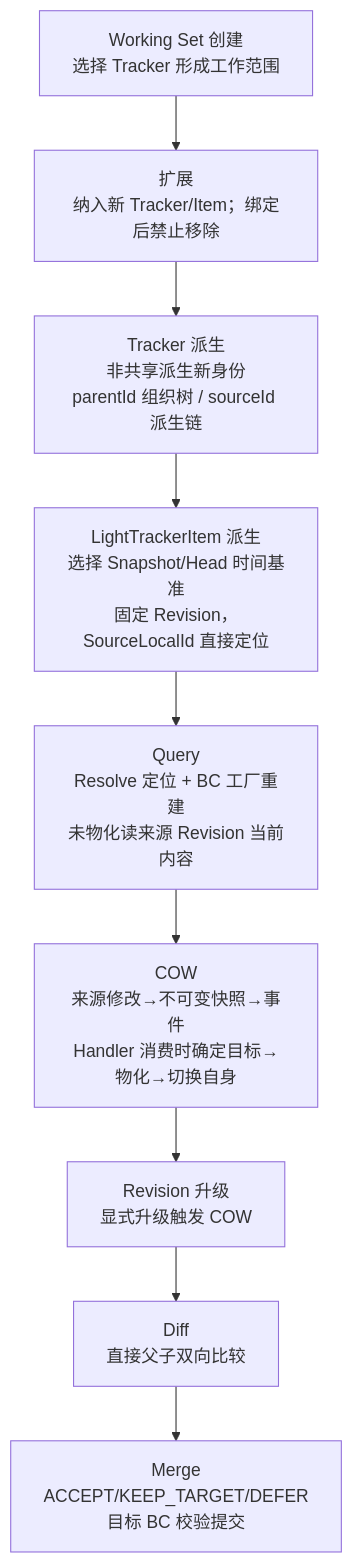
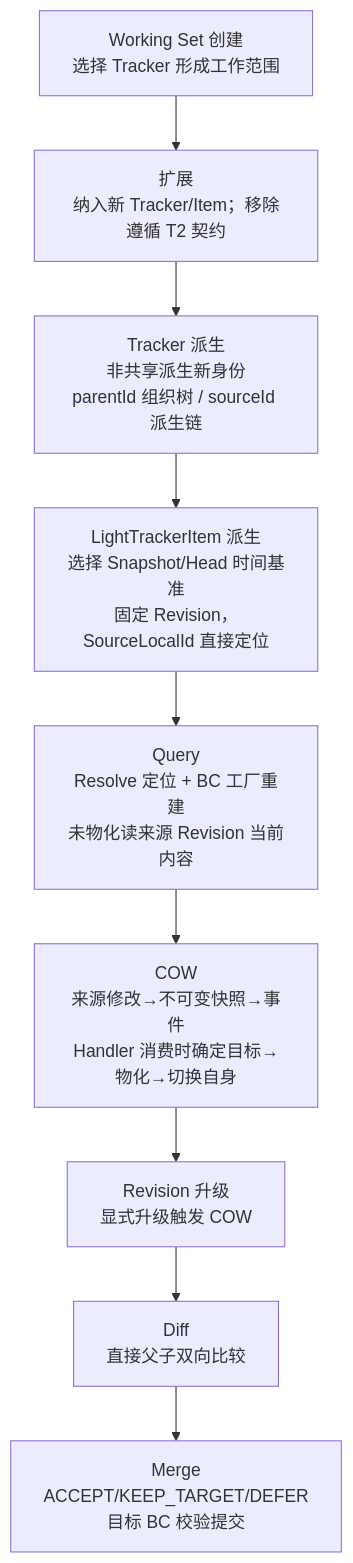
One commit to Greytrack/ddd-workingset changed the diagram in docs/working-set/diagrams/domain-mainline.md. Above: the diagram before and after it, drawn with Mermaid. The commit also changed 17 other files, not shown here.

````diff
--- a/docs/working-set/diagrams/domain-mainline.md
+++ b/docs/working-set/diagrams/domain-mainline.md
@@ -9,11 +9,11 @@
 ```mermaid
 flowchart TD
-    A["Working Set 创建<br/>选择 Tracker 形成工作范围"] --> B["扩展<br/>纳入新 Tracker/Item；绑定后禁止移除"]
+    A["Working Set 创建<br/>选择 Tracker 形成工作范围"] --> B["扩展<br/>纳入新 Tracker/Item；移除遵循 T2 契约"]
     B --> C["Tracker 派生<br/>非共享派生新身份<br/>parentId 组织树 / sourceId 派生链"]
     C --> D["LightTrackerItem 派生<br/>选择 Snapshot/Head 时间基准<br/>固定 Revision，SourceLocalId 直接定位"]
     D --> E["Query<br/>Resolve 定位 + BC 工厂重建<br/>未物化读来源 Revision 当前内容"]
     E --> F["COW<br/>来源修改→不可变快照→事件<br/>Handler 消费时确定目标→物化→切换自身"]
     F --> G["Revision 升级<br/>显式升级触发 COW"]
     G --> H["Diff<br/>直接父子双向比较"]
     H --> I["Merge<br/>ACCEPT/KEEP_TARGET/DEFER<br/>目标 BC 校验提交"]
 ```
````
